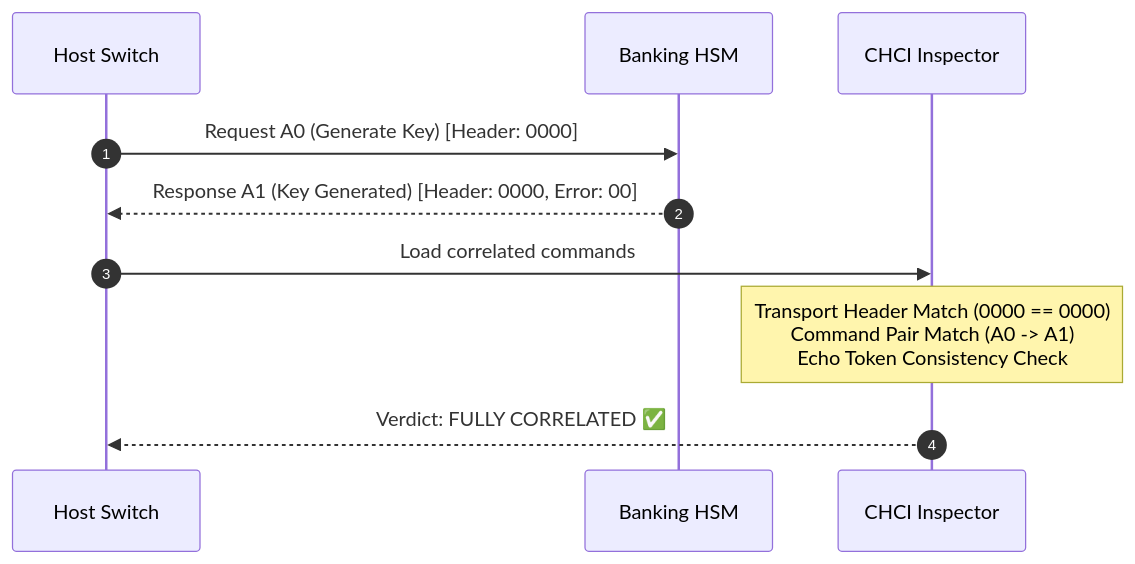
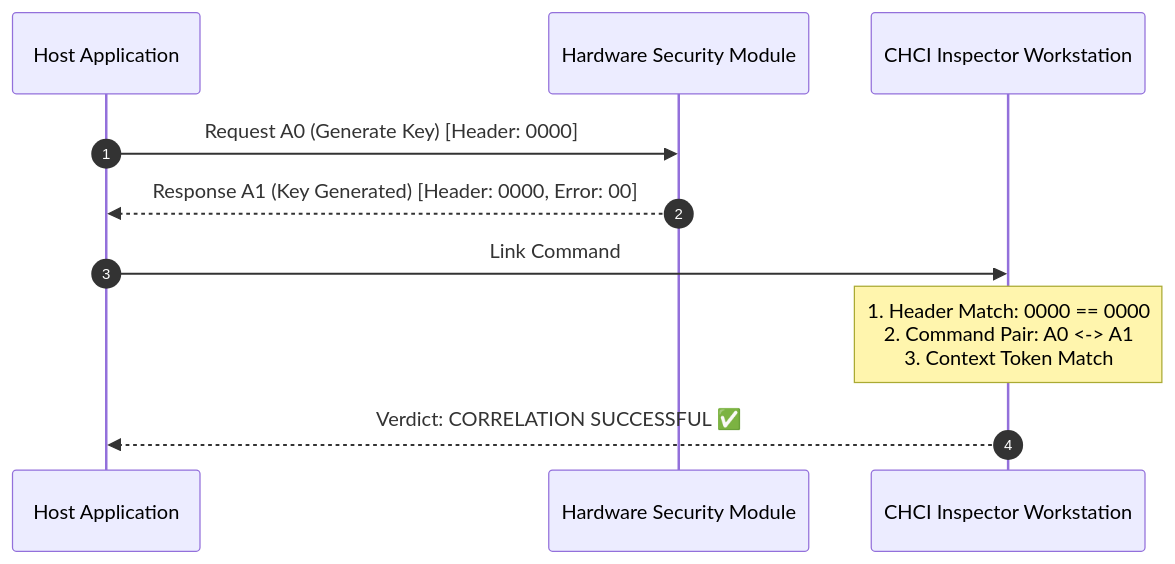
The third of 3 diagrams in docs/user-guide/en.md (NeverWe1come/Crypto-Hardware-Command-Inspector), drawn with Mermaid before and after one commit. The commit also changed other lines of this file and 23 other files, not shown here.

````diff
--- a/docs/user-guide/en.md
+++ b/docs/user-guide/en.md
@@ -106,13 +195,13 @@
 ```mermaid
 sequenceDiagram
     autonumber
-    participant Host as Host Switch
-    participant HSM as Banking HSM
-    participant CHCI as CHCI Inspector
+    participant Host as Host Application
+    participant HSM as Hardware Security Module
+    participant CHCI as CHCI Inspector Workstation
 
     Host->>HSM: Request A0 (Generate Key) [Header: 0000]
     HSM-->>Host: Response A1 (Key Generated) [Header: 0000, Error: 00]
-    Host->>CHCI: Load correlated commands #1 and #2
-    Note over CHCI: Transport Header Match (0000 == 0000)<br/>Command Pair Match (A0 -> A1)<br/>Echo Token Consistency Check
-    CHCI-->>Host: Verdict: FULLY CORRELATED ✅
+    Host->>CHCI: Link Command #2 to Command #1
+    Note over CHCI: 1. Header Match: 0000 == 0000<br/>2. Command Pair: A0 <-> A1<br/>3. Context Token Match
+    CHCI-->>Host: Verdict: CORRELATION SUCCESSFUL ✅
 ```
````
